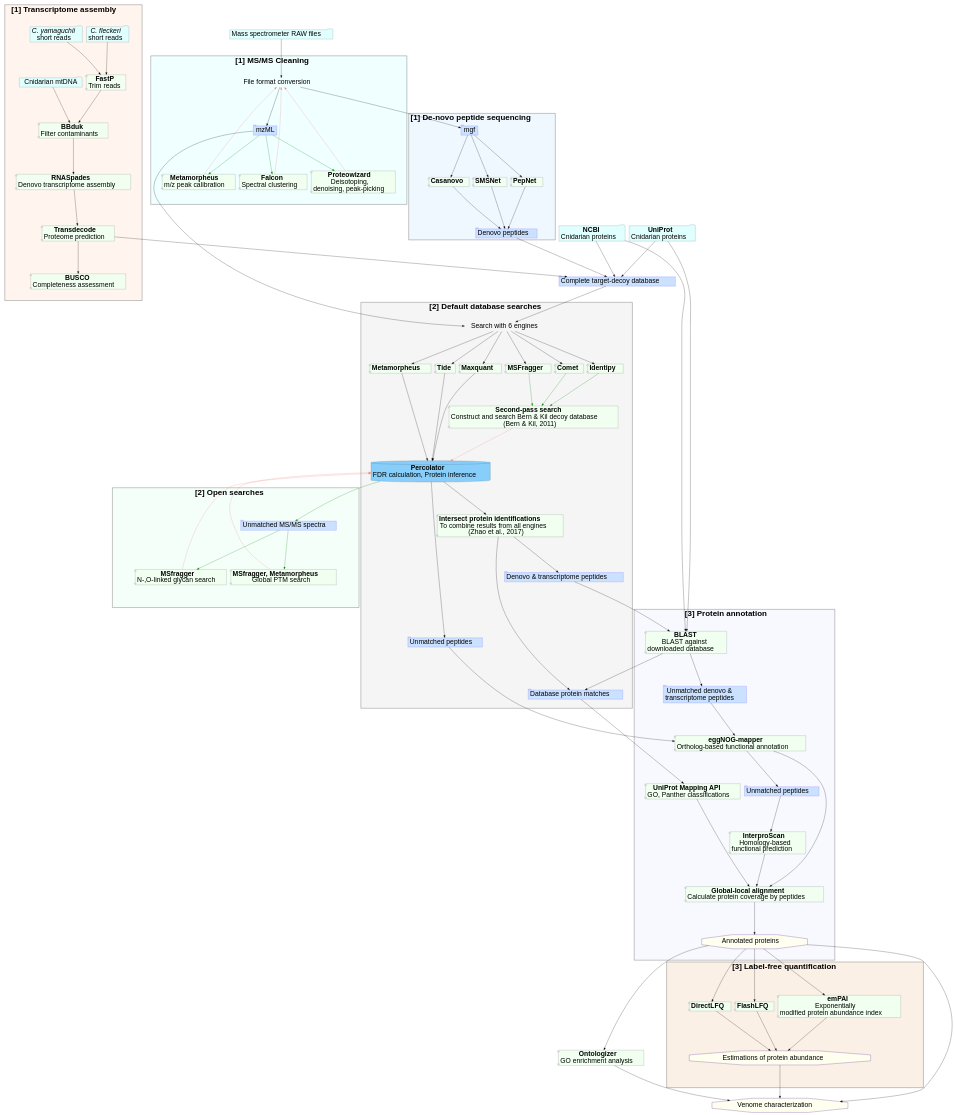
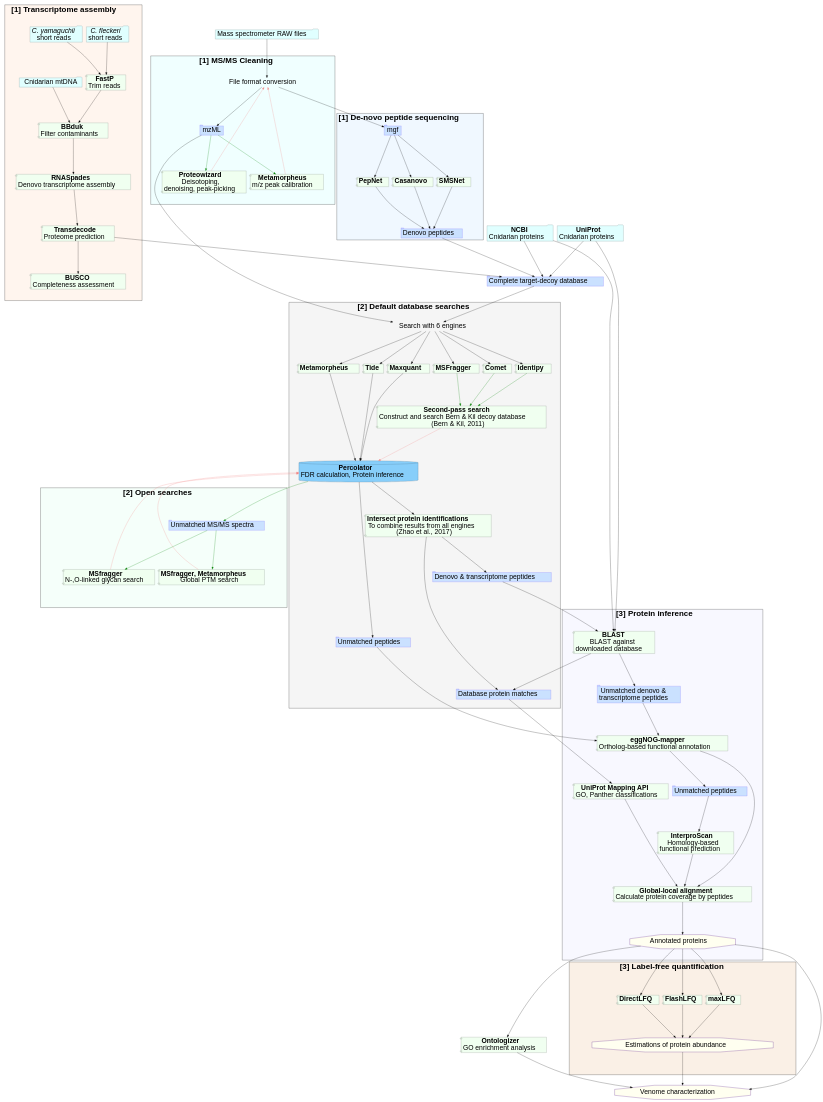
The diagram in docs/flow.dot (SJ-31/MUIC-Jellyfish_proteomics), drawn with Graphviz before and after one commit.

Commit message:
chore: update complete flow diagram

```diff
--- a/docs/flow.dot
+++ b/docs/flow.dot
@@ -1,171 +1,229 @@
 digraph boxes_and_circles {
-    ranksep=2
-    graph [style=invis; fontname="Helvetica"]
-    newrank=true
-    node [fontname="Helvetica"; fontsize=30;
-          style=filled]
-
-    node [shape=folder; color=lightcyan4; fillcolor=lightcyan]; rawRNA1; rawRNA2; mtdna; raw; unip; ncbi
-
-    node [shape=component; color=honeydew4; fillcolor=honeydew1]; fp; bbduk; spades; tdc; busco; sms; pepnet; csnv; intersect; api; interpro; flcn; wiz; meta; tide; mq; idpy; msfrag; comet; dlfq; empai; flfq; bk_decoy; cov; blast; glyco; ptm; eggnog; onto; meta_calibrate
-
-    node[shape=tab;color=lightslateblue; fillcolor=lightsteelblue1]; denovo; mgf; mzML; conf; decoy_db; other; unmatched; u_other; unmsms; unmatched_eggnog
-
-    node[shape=octagon;color=indigo;fillcolor=ivory]; quant; func; final
-
-    node [shape=plaintext; fillcolor=none;
-          ]; thermoparse
-
+    ranksep = 2;
+    graph [style = invis; fontname = "Helvetica";];
+    newrank = true;
+    node [fontname = "Helvetica"; fontsize = 30; style = filled;];
+    
+    node [shape = folder; color = lightcyan4; fillcolor = lightcyan;];
+    rawRNA1;
+    rawRNA2;
+    mtdna;
+    raw;
+    unip;
+    ncbi;
+    
+    node [shape = component; color = honeydew4; fillcolor = honeydew1;];
+    fp;
+    bbduk;
+    spades;
+    tdc;
+    busco;
+    sms;
+    pepnet;
+    csnv;
+    intersect;
+    api;
+    interpro;
+    wiz;
+    meta;
+    tide;
+    mq;
+    idpy;
+    msfrag;
+    comet;
+    dlfq;
+    maxLFQ;
+    flfq;
+    bk_decoy;
+    cov;
+    blast;
+    glyco;
+    ptm;
+    eggnog;
+    onto;
+    meta_calibrate;
+    
+    node [shape = tab; color = lightslateblue; fillcolor = lightsteelblue1;];
+    denovo;
+    mgf;
+    mzML;
+    conf;
+    decoy_db;
+    other;
+    unmatched;
+    u_other;
+    unmsms;
+    unmatched_eggnog;
+    
+    node [shape = octagon; color = indigo; fillcolor = ivory;];
+    quant;
+    func;
+    final;
+    
+    node [shape = plaintext; fillcolor = none;];
+    thermoparse;
+    
     subgraph cluster_rna {
-        fontsize="35"
-        margin=50
-        style=filled; fillcolor=seashell
-        label=<<b>[1] Transcriptome assembly</b>>
-        rawRNA1 [label=<<i>C. fleckeri</i><br/>short reads>]
-        rawRNA2 [label=<<i>C. yamaguchii</i><br/>short reads>]
-        mtdna [label="Cnidarian mtDNA"]
-        mtdna->bbduk
-        {rawRNA1,rawRNA2}->fp
-        fp [label=<<b>FastP</b><br/>Trim reads>]
-        bbduk->spades
-        fp->bbduk
-        spades [label=<<b>RNASpades</b><br/>Denovo transcriptome assembly>]
-        bbduk[label=<<b>BBduk</b><br/>Filter contaminants>]
-        spades->tdc
-        tdc->busco
-        busco[label=<<b>BUSCO</b><br/>Completeness assessment>]
-        tdc[label=<<b>Transdecode</b><br/>Proteome prediction>]
+        fontsize = "35";
+        margin = 50;
+        style = filled;
+        fillcolor = seashell;
+        label = <<b>[1] Transcriptome assembly</b>>;
+        rawRNA1 [label = <<i>C. fleckeri</i><br/>short reads>;];
+        rawRNA2 [label = <<i>C. yamaguchii</i><br/>short reads>;];
+        mtdna [label = "Cnidarian mtDNA";];
+        mtdna -> bbduk;
+        {rawRNA1 rawRNA2} -> fp;
+        fp [label = <<b>FastP</b><br/>Trim reads>;];
+        bbduk -> spades;
+        fp -> bbduk;
+        spades [label = <<b>RNASpades</b><br/>Denovo transcriptome assembly>;];
+        bbduk [label = <<b>BBduk</b><br/>Filter contaminants>;];
+        spades -> tdc;
+        tdc -> busco;
+        busco [label = <<b>BUSCO</b><br/>Completeness assessment>;];
+        tdc [label = <<b>Transdecode</b><br/>Proteome prediction>;];
     }
-
+    
     subgraph cluster_db {
-        decoy_db[label=<Complete target-decoy database>]
-        ncbi [label=<<b>NCBI</b><br/>Cnidarian proteins>]
-        unip [label=<<b>UniProt</b><br/>Cnidarian proteins>]
-        {unip,ncbi,tdc}->decoy_db
+        decoy_db [label = <Complete target-decoy database>;];
+        ncbi [label = <<b>NCBI</b><br/>Cnidarian proteins>;];
+        unip [label = <<b>UniProt</b><br/>Cnidarian proteins>;];
+        {unip ncbi tdc} -> decoy_db;
     }
-        raw[label=<Mass spectrometer RAW files>]
-        thermoparse->mzML
-
+    raw [label = <Mass spectrometer RAW files>;];
+    thermoparse -> mzML;
+    
     subgraph cluster_pre {
-        fontsize="35"
-        label=<<b>[1] MS/MS Cleaning</b>>
-        style=filled; fillcolor=azure
-        margin=50
-        mzML->{flcn,wiz,meta_calibrate} [color=webgreen]
-        {flcn,wiz,meta_calibrate} -> thermoparse [color=lightcoral]
-        meta_calibrate[label=<<b>Metamorpheus</b><br/>m/z peak calibration>]
-        wiz[label=<<b>Proteowizard</b><br/>Deisotoping, <br/>denoising, peak-picking>]
-        flcn[label=<<b>Falcon</b><br/>Spectral clustering>]
+        fontsize = "35";
+        label = <<b>[1] MS/MS Cleaning</b>>;
+        style = filled;
+        fillcolor = azure;
+        margin = 50;
+        mzML -> {wiz meta_calibrate} [color = webgreen;];
+        {wiz meta_calibrate} -> thermoparse [color = lightcoral;];
+        meta_calibrate [label = <<b>Metamorpheus</b><br/>m/z peak calibration>;];
+        wiz [label = <<b>Proteowizard</b><br/>Deisotoping, <br/>denoising, peak-picking>;];
     }
-    raw->thermoparse
-
-
+    raw -> thermoparse;
+    
     subgraph cluster_denovo {
-        fontsize="35"
-        label=<<b>[1] De-novo peptide sequencing</b>>
-        style=filled; fillcolor=aliceblue
-        thermoparse [label=<File format conversion>]
-        sms[label=<<b>SMSNet</b>>]
-        pepnet[label=<<b>PepNet</b>>]
-        csnv[label=<<b>Casanovo</b>>]
-        denovo [label=<Denovo peptides>]
-        thermoparse->mgf->{csnv,sms,pepnet}->denovo
+        fontsize = "35";
+        label = <<b>[1] De-novo peptide sequencing</b>>;
+        style = filled;
+        fillcolor = aliceblue;
+        thermoparse [label = <File format conversion>;];
+        sms [label = <<b>SMSNet</b>>;];
+        pepnet [label = <<b>PepNet</b>>;];
+        csnv [label = <<b>Casanovo</b>>;];
+        denovo [label = <Denovo peptides>;];
+        thermoparse -> mgf -> {csnv sms pepnet} -> denovo;
     }
-
-    denovo->decoy_db
-
+    denovo -> decoy_db;
+    
     subgraph cluster_search {
-        fontsize="35"
-        label=<<b>[2] Default database searches</b>>
-        margin=40
-        style=filled; fillcolor=whitesmoke
-        {decoy_db,mzML}->search
-        search [label="Search with 6 engines"; shape=plaintext; fillcolor=invis]
-        node [shape=component]
-        search->{comet,mq,idpy,msfrag,meta,tide}
-        comet[label=<<b>Comet</b>>]
-        idpy[label=<<b>Identipy</b>>]
-        meta[label=<<b>Metamorpheus</b>>]
-        mq[label=<<b>Maxquant</b>>]
-        tide[label=<<b>Tide</b>>]
-        msfrag[label=<<b>MSFragger</b>>]
-        {rank=same; mq; meta; tide; comet; idpy; msfrag}
-        {mq,meta,tide}->perc
-        {comet,idpy,msfrag}->bk_decoy [color=webgreen]
-        bk_decoy [label=<<b>Second-pass search</b><br/>Construct and search Bern &amp; Kil decoy database<br/>(Bern &amp; Kil, 2011)>]
-        perc [shape=cylinder;fillcolor=lightskyblue;label=<<b>Percolator</b><br/>FDR calculation, Protein inference>; color=skyblue4]
-        intersect [label=<<b>Intersect protein identifications</b><br/>To combine results from all engines<br/>(Zhao et al., 2017)>]
-        bk_decoy -> perc [color=lightcoral]
-        perc->unmatched
-        perc->intersect
-        intersect->other
-        intersect->conf
+        fontsize = "35";
+        label = <<b>[2] Default database searches</b>>;
+        margin = 40;
+        style = filled;
+        fillcolor = whitesmoke;
+        {decoy_db mzML} -> search;
+        search [label = "Search with 6 engines";shape = plaintext;fillcolor = invis;];
+        node [shape = component;];
+        search -> {comet mq idpy msfrag meta tide};
+        comet [label = <<b>Comet</b>>;];
+        idpy [label = <<b>Identipy</b>>;];
+        meta [label = <<b>Metamorpheus</b>>;];
+        mq [label = <<b>Maxquant</b>>;];
+        tide [label = <<b>Tide</b>>;];
+        msfrag [label = <<b>MSFragger</b>>;];
+        subgraph {
+            rank = same;
+            mq;
+            meta;
+            tide;
+            comet;
+            idpy;
+            msfrag;
+        }
+        {mq meta tide} -> perc;
+        {comet idpy msfrag} -> bk_decoy [color = webgreen;];
+        bk_decoy [label = <<b>Second-pass search</b><br/>Construct and search Bern &amp; Kil decoy database<br/>(Bern &amp; Kil, 2011)>;];
+        perc [shape = cylinder;fillcolor = lightskyblue;label = <<b>Percolator</b><br/>FDR calculation, Protein inference>;color = skyblue4;];
+        intersect [label = <<b>Intersect protein identifications</b><br/>To combine results from all engines<br/>(Zhao et al., 2017)>;];
+        bk_decoy -> perc [color = lightcoral;];
+        perc -> unmatched;
+        perc -> intersect;
+        intersect -> other;
+        intersect -> conf;
     }
-
+    
     subgraph cluster_open {
-        fontsize="35"
-        margin=100
-        style=filled; fillcolor=mintcream;
-        label=<<b>[2] Open searches</b>>
-        glyco[label=<<b>MSfragger</b><br/>N-,O-linked glycan search>]
-        ptm[label=<<b>MSfragger, Metamorpheus</b><br/>Global PTM search>]
-        {glyco,ptm}->perc [color=lightcoral]
-        unmsms [label=<Unmatched MS/MS spectra>]
-        unmsms -> {glyco,ptm} [color=webgreen]
+        fontsize = "35";
+        margin = 100;
+        style = filled;
+        fillcolor = mintcream;
+        label = <<b>[2] Open searches</b>>;
+        glyco [label = <<b>MSfragger</b><br/>N-,O-linked glycan search>;];
+        ptm [label = <<b>MSfragger, Metamorpheus</b><br/>Global PTM search>;];
+        {glyco ptm} -> perc [color = lightcoral;];
+        unmsms [label = <Unmatched MS/MS spectra>;];
+        unmsms -> {glyco ptm} [color = webgreen;];
     }
-
+    
     subgraph cluster_combine {
-        fontsize="35"
-        margin=50
-        style=filled; fillcolor=ghostwhite
-        label=<<b>[3] Protein annotation</b>>
-        conf [label=<Database protein matches>]
-        {unip; ncbi} -> blast
-        blast->conf
-        conf -> api
-        api [label=<<b>UniProt Mapping API</b><br/>GO, Panther classifications>]
-        unmatched [label=<Unmatched peptides>]
-        other [label=<Denovo &amp; transcriptome peptides>]
-        eggnog [label=<<b>eggNOG-mapper</b><br/>Ortholog-based functional annotation>]
-        unmatched -> eggnog
-        other -> blast -> u_other
-
-        blast [label=<<b>BLAST</b><br/>BLAST against<br/> downloaded database>]
-        u_other [label=<Unmatched denovo &amp; <br/>transcriptome peptides>]
-        unmatched_eggnog [label=<Unmatched peptides>]
-        interpro [label=<<b>InterproScan</b><br/>Homology-based<br/> functional prediction>]
-        func[label=<Annotated proteins>]
-        cov[label=<<b>Global-local alignment</b><br/>Calculate protein coverage by peptides>]
-
-        u_other -> eggnog -> unmatched_eggnog
-        unmatched_eggnog -> interpro
-        {interpro;api} -> cov
-        eggnog -> cov
-        cov -> func
-
+        fontsize = "35";
+        margin = 50;
+        style = filled;
+        fillcolor = ghostwhite;
+        label = <<b>[3] Protein inference</b>>;
+        conf [label = <Database protein matches>;];
+        {unip ncbi} -> blast;
+        blast -> conf;
+        conf -> api;
+        api [label = <<b>UniProt Mapping API</b><br/>GO, Panther classifications>;];
+        unmatched [label = <Unmatched peptides>;];
+        other [label = <Denovo &amp; transcriptome peptides>;];
+        eggnog [label = <<b>eggNOG-mapper</b><br/>Ortholog-based functional annotation>;];
+        unmatched -> eggnog;
+        other -> blast -> u_other;
+        
+        blast [label = <<b>BLAST</b><br/>BLAST against<br/> downloaded database>;];
+        u_other [label = <Unmatched denovo &amp; <br/>transcriptome peptides>;];
+        unmatched_eggnog [label = <Unmatched peptides>;];
+        interpro [label = <<b>InterproScan</b><br/>Homology-based<br/> functional prediction>;];
+        func [label = <Annotated proteins>;];
+        cov [label = <<b>Global-local alignment</b><br/>Calculate protein coverage by peptides>;];
+        
+        u_other -> eggnog -> unmatched_eggnog;
+        unmatched_eggnog -> interpro;
+        {interpro api} -> cov;
+        eggnog -> cov;
+        cov -> func;
     }
-        perc->unmsms [color=webgreen; weight=2]
-
-
+    perc -> unmsms [color = webgreen; weight = 2;];
+    
+    
     subgraph cluster_quant {
-        fontsize="35"
-        style=filled; fillcolor=linen
-        label=<<b>[3] Label-free quantification</b>>
-        margin=100
-        func->{empai,dlfq,flfq}
-        {empai,dlfq,flfq}->quant
-        empai[label=<<b>emPAI</b><br/>Exponentially <br/> modified protein abundance index>]
-        dlfq[label=<<b>DirectLFQ</b>>]
-        flfq[label=<<b>FlashLFQ</b>>]
-        quant[label=<Estimations of protein abundance>]
+        fontsize = "35";
+        style = filled;
+        fillcolor = linen;
+        label = <<b>[3] Label-free quantification</b>>;
+        margin = 100;
+        func -> {maxLFQ dlfq flfq};
+        {maxLFQ dlfq flfq} -> quant;
+        maxLFQ [label = <<b>maxLFQ</b>>;];
+        dlfq [label = <<b>DirectLFQ</b>>;];
+        flfq [label = <<b>FlashLFQ</b>>;];
+        quant [label = <Estimations of protein abundance>;];
     }
     subgraph final {
-        onto[label=<<b>Ontologizer</b><br/>GO enrichment analysis>]
-        final[label=<Venome characterization>]
-
-        style=invis
-        func -> onto -> final
-        func -> final
-        quant -> final
+        onto [label = <<b>Ontologizer</b><br/>GO enrichment analysis>;];
+        final [label = <Venome characterization>;];
+        
+        style = invis;
+        func -> onto -> final;
+        func -> final;
+        quant -> final;
     }
 }
```
